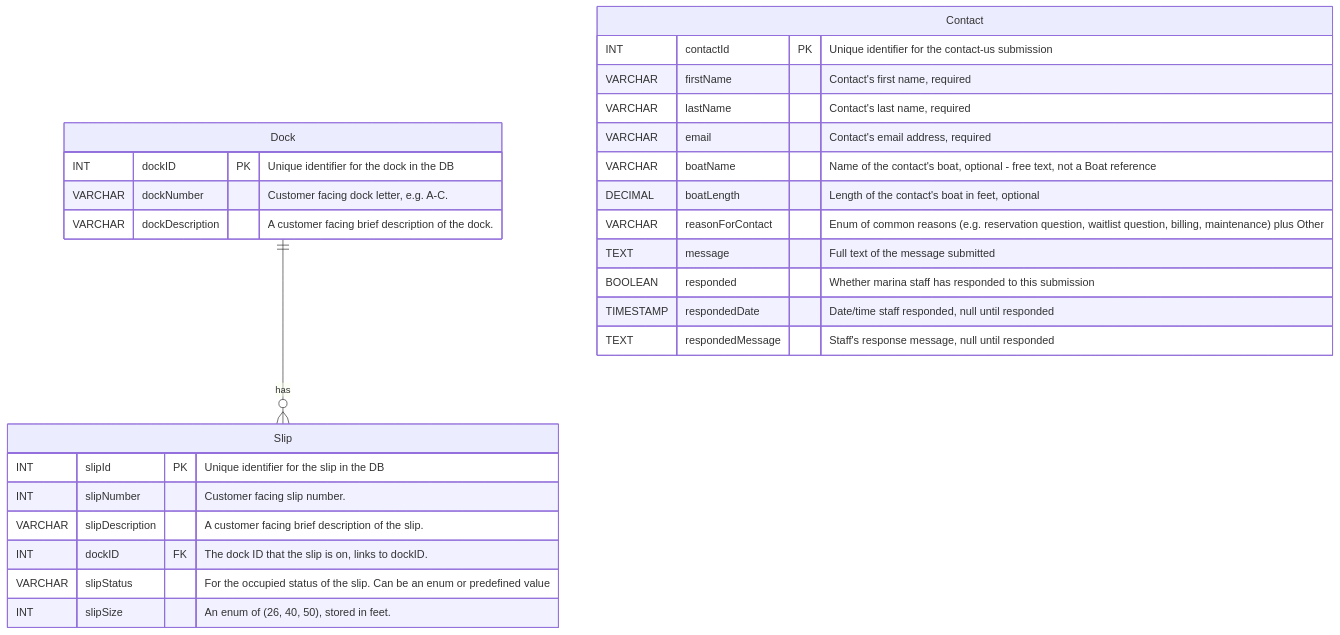
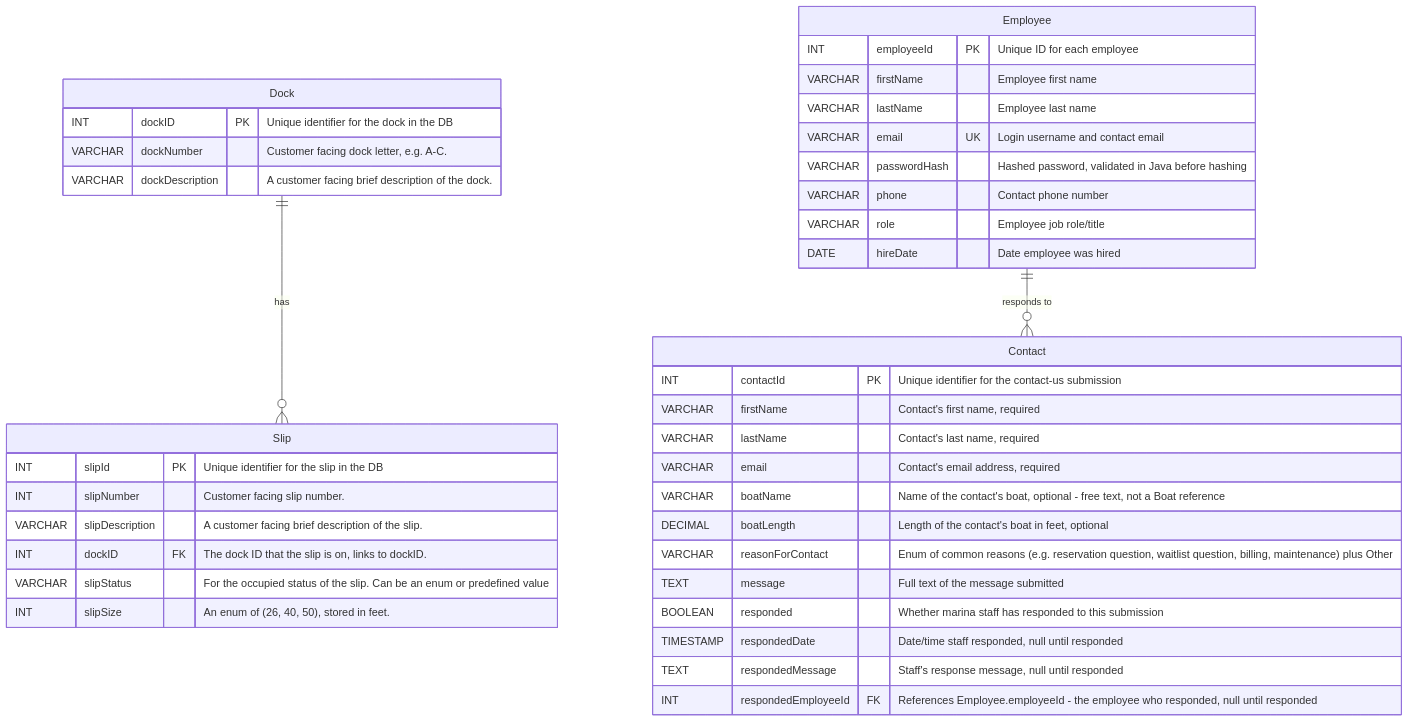
The diagram in Module-3/Breutzmann-ERD-Draft/Breutzmann.mmd (BobbyJoeCool/csd460-blueteam), drawn with Mermaid before and after one commit. The commit also changed 5 other files, not shown here.

```diff
--- a/Module-3/Breutzmann-ERD-Draft/Breutzmann.mmd
+++ b/Module-3/Breutzmann-ERD-Draft/Breutzmann.mmd
@@ -1,36 +1,50 @@
 %% Robert Breutzmann - Slip and Dock Tables First Draft
 
 erDiagram
     Slip {
         INT slipId PK "Unique identifier for the slip in the DB"
         INT slipNumber "Customer facing slip number."
         VARCHAR slipDescription "A customer facing brief description of the slip."
         INT dockID FK "The dock ID that the slip is on, links to dockID."
         VARCHAR slipStatus "For the occupied status of the slip.  Can be an enum or predefined value"
         INT slipSize "An enum of (26, 40, 50), stored in feet."
     }
 
     Dock {
         INT dockID PK "Unique identifier for the dock in the DB"
         VARCHAR dockNumber "Customer facing dock letter, e.g. A-C."
         VARCHAR dockDescription "A customer facing brief description of the dock."
     }
 
     Contact {
         INT contactId PK "Unique identifier for the contact-us submission"
         VARCHAR firstName "Contact's first name, required"
         VARCHAR lastName "Contact's last name, required"
         VARCHAR email "Contact's email address, required"
         VARCHAR boatName "Name of the contact's boat, optional - free text, not a Boat reference"
         DECIMAL boatLength "Length of the contact's boat in feet, optional"
         VARCHAR reasonForContact "Enum of common reasons (e.g. reservation question, waitlist question, billing, maintenance) plus Other"
         TEXT message "Full text of the message submitted"
         BOOLEAN responded "Whether marina staff has responded to this submission"
         TIMESTAMP respondedDate "Date/time staff responded, null until responded"
         TEXT respondedMessage "Staff's response message, null until responded"
+        INT respondedEmployeeId FK "References Employee.employeeId - the employee who responded, null until responded"
+    }
+
+    %% Staff accounts for logging in and responding to Contact submissions.
+    Employee {
+        INT employeeId PK "Unique ID for each employee"
+        VARCHAR firstName "Employee first name"
+        VARCHAR lastName "Employee last name"
+        VARCHAR email UK "Login username and contact email"
+        VARCHAR passwordHash "Hashed password, validated in Java before hashing"
+        VARCHAR phone "Contact phone number"
+        VARCHAR role "Employee job role/title"
+        DATE hireDate "Date employee was hired"
     }
 
     Dock ||--o{ Slip : "has"
+    Employee ||--o{ Contact : "responds to"
 
 %% A specific slip's location to a customer will be dockNumber-slipNumber.
 %% The Descriptions are a short description for the customer about where to find the dock or slip.
```
